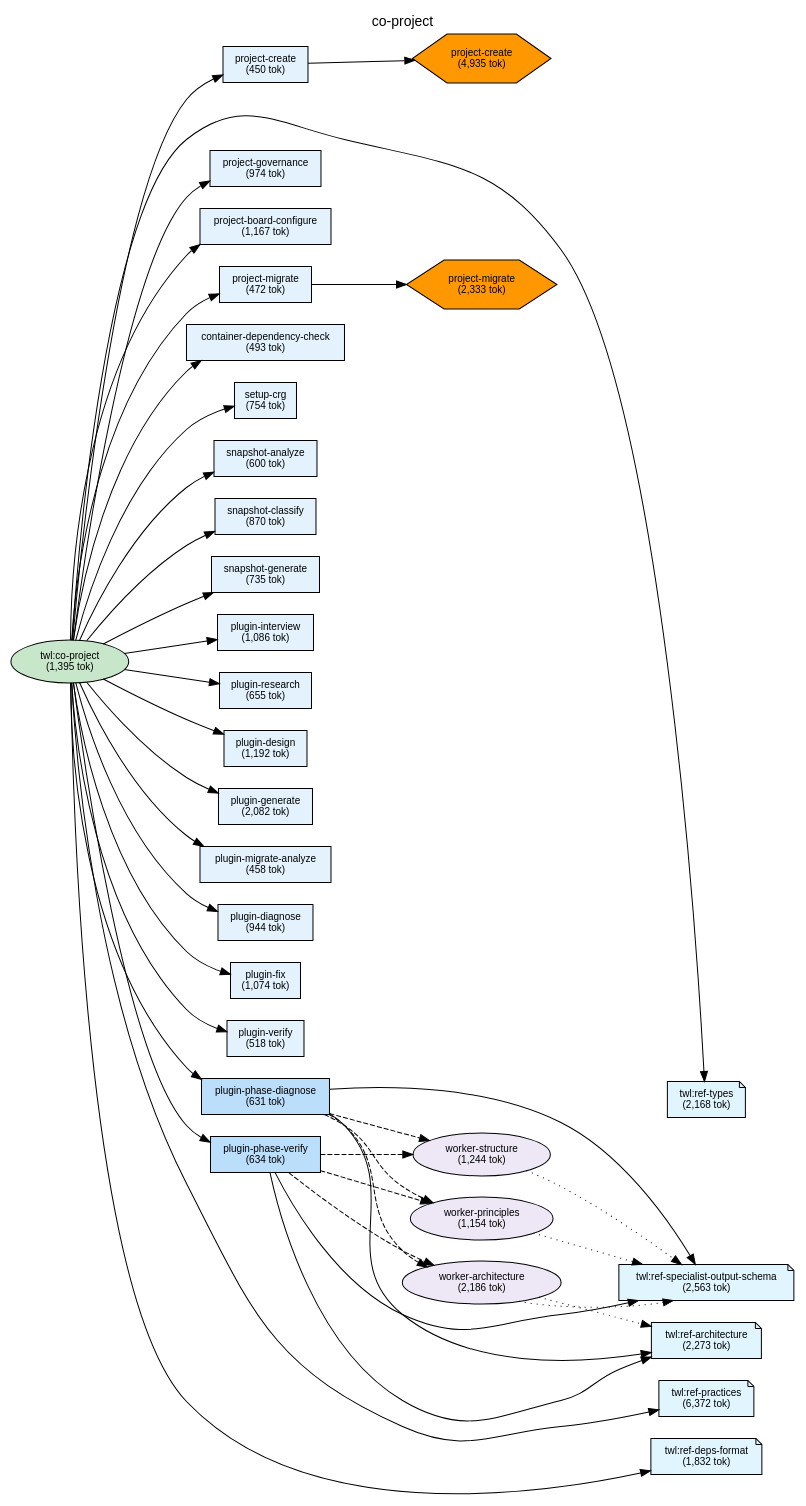
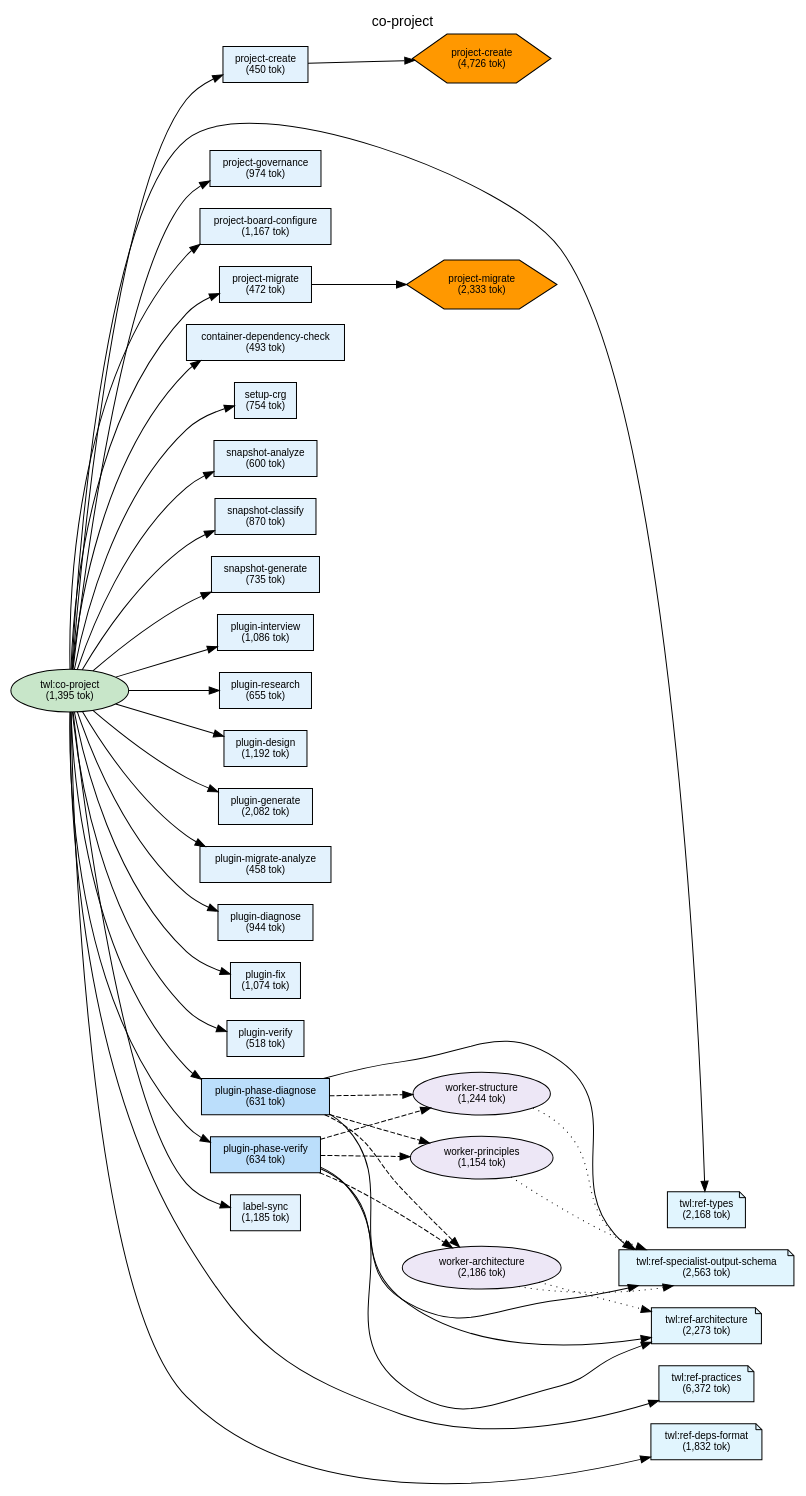
One commit to shuu5/twill changed the diagram in plugins/twl/docs/deps-co-project.dot. Above: the diagram before and after it, drawn with Graphviz. The commit also changed 7 other files, not shown here.

First line of the commit message:
feat(twl): add label-sync command for architecture spec → GitHub label sync

```diff
--- a/plugins/twl/docs/deps-co-project.dot
+++ b/plugins/twl/docs/deps-co-project.dot
@@ -1,142 +1,145 @@
 digraph Dependencies {
     // Graph settings
     rankdir=LR;
     ranksep=0.8;
     nodesep=0.3;
     fontname="Helvetica";
     node [fontname="Helvetica", fontsize=10];
     edge [fontname="Helvetica", fontsize=9];
     label="co-project";
     labelloc=t;
     fontsize=14;
 
     // L0: Controller Skills
     skill_co_project [label="twl:co-project\n(1,395 tok)", shape=ellipse, style=filled, fillcolor="#c8e6c9"];
 
     // L0: Launchers
 
     // L0.5: Workflow Skills
 
     // Reference Skills
     skill_ref_specialist_output_schema [label="twl:ref-specialist-output-schema\n(2,563 tok)", shape=note, style=filled, fillcolor="#e1f5fe"];
     skill_ref_types [label="twl:ref-types\n(2,168 tok)", shape=note, style=filled, fillcolor="#e1f5fe"];
     skill_ref_practices [label="twl:ref-practices\n(6,372 tok)", shape=note, style=filled, fillcolor="#e1f5fe"];
     skill_ref_deps_format [label="twl:ref-deps-format\n(1,832 tok)", shape=note, style=filled, fillcolor="#e1f5fe"];
     skill_ref_architecture [label="twl:ref-architecture\n(2,273 tok)", shape=note, style=filled, fillcolor="#e1f5fe"];
 
     // L1: Direct Commands
+    cmd_label_sync [label="label-sync\n(1,185 tok)", shape=box, style=filled, fillcolor="#e3f2fd"];
     cmd_project_create [label="project-create\n(450 tok)", shape=box, style=filled, fillcolor="#e3f2fd"];
     cmd_project_board_configure [label="project-board-configure\n(1,167 tok)", shape=box, style=filled, fillcolor="#e3f2fd"];
     cmd_project_governance [label="project-governance\n(974 tok)", shape=box, style=filled, fillcolor="#e3f2fd"];
     cmd_project_migrate [label="project-migrate\n(472 tok)", shape=box, style=filled, fillcolor="#e3f2fd"];
     cmd_container_dependency_check [label="container-dependency-check\n(493 tok)", shape=box, style=filled, fillcolor="#e3f2fd"];
     cmd_setup_crg [label="setup-crg\n(754 tok)", shape=box, style=filled, fillcolor="#e3f2fd"];
     cmd_snapshot_analyze [label="snapshot-analyze\n(600 tok)", shape=box, style=filled, fillcolor="#e3f2fd"];
     cmd_snapshot_classify [label="snapshot-classify\n(870 tok)", shape=box, style=filled, fillcolor="#e3f2fd"];
     cmd_snapshot_generate [label="snapshot-generate\n(735 tok)", shape=box, style=filled, fillcolor="#e3f2fd"];
     cmd_plugin_interview [label="plugin-interview\n(1,086 tok)", shape=box, style=filled, fillcolor="#e3f2fd"];
     cmd_plugin_research [label="plugin-research\n(655 tok)", shape=box, style=filled, fillcolor="#e3f2fd"];
     cmd_plugin_design [label="plugin-design\n(1,192 tok)", shape=box, style=filled, fillcolor="#e3f2fd"];
     cmd_plugin_generate [label="plugin-generate\n(2,082 tok)", shape=box, style=filled, fillcolor="#e3f2fd"];
     cmd_plugin_migrate_analyze [label="plugin-migrate-analyze\n(458 tok)", shape=box, style=filled, fillcolor="#e3f2fd"];
     cmd_plugin_diagnose [label="plugin-diagnose\n(944 tok)", shape=box, style=filled, fillcolor="#e3f2fd"];
     cmd_plugin_fix [label="plugin-fix\n(1,074 tok)", shape=box, style=filled, fillcolor="#e3f2fd"];
     cmd_plugin_verify [label="plugin-verify\n(518 tok)", shape=box, style=filled, fillcolor="#e3f2fd"];
     cmd_plugin_phase_diagnose [label="plugin-phase-diagnose\n(631 tok)", shape=box, style=filled, fillcolor="#bbdefb"];
     cmd_plugin_phase_verify [label="plugin-phase-verify\n(634 tok)", shape=box, style=filled, fillcolor="#bbdefb"];
 
     // L2: Sub Commands
 
     // L3: Agents
     agent_worker_structure [label="worker-structure\n(1,244 tok)", shape=ellipse, style=filled, fillcolor="#ede7f6"];
     agent_worker_principles [label="worker-principles\n(1,154 tok)", shape=ellipse, style=filled, fillcolor="#ede7f6"];
     agent_worker_architecture [label="worker-architecture\n(2,186 tok)", shape=ellipse, style=filled, fillcolor="#ede7f6"];
 
     // L3.5: Scripts
-    script_project_create [label="project-create\n(4,935 tok)", shape=hexagon, style=filled, fillcolor="#FF9800"];
+    script_project_create [label="project-create\n(4,726 tok)", shape=hexagon, style=filled, fillcolor="#FF9800"];
     script_project_migrate [label="project-migrate\n(2,333 tok)", shape=hexagon, style=filled, fillcolor="#FF9800"];
 
     // L4: External
 
     // Layer constraints
     { rank=same; skill_co_project; }
     { rank=same; skill_ref_specialist_output_schema; skill_ref_types; skill_ref_practices; skill_ref_deps_format; skill_ref_architecture; }
-    { rank=same; cmd_project_create; cmd_project_board_configure; cmd_project_governance; cmd_project_migrate; cmd_container_dependency_check; cmd_setup_crg; cmd_snapshot_analyze; cmd_snapshot_classify; cmd_snapshot_generate; cmd_plugin_interview; cmd_plugin_research; cmd_plugin_design; cmd_plugin_generate; cmd_plugin_migrate_analyze; cmd_plugin_diagnose; cmd_plugin_fix; cmd_plugin_verify; cmd_plugin_phase_diagnose; cmd_plugin_phase_verify; }
+    { rank=same; cmd_label_sync; cmd_project_create; cmd_project_board_configure; cmd_project_governance; cmd_project_migrate; cmd_container_dependency_check; cmd_setup_crg; cmd_snapshot_analyze; cmd_snapshot_classify; cmd_snapshot_generate; cmd_plugin_interview; cmd_plugin_research; cmd_plugin_design; cmd_plugin_generate; cmd_plugin_migrate_analyze; cmd_plugin_diagnose; cmd_plugin_fix; cmd_plugin_verify; cmd_plugin_phase_diagnose; cmd_plugin_phase_verify; }
     { rank=same; agent_worker_structure; agent_worker_principles; agent_worker_architecture; }
     { rank=same; script_project_create; script_project_migrate; }
 
     // Edges
     skill_co_project -> cmd_project_create;
     skill_co_project -> cmd_project_governance;
     skill_co_project -> cmd_project_board_configure;
     skill_co_project -> cmd_project_migrate;
     skill_co_project -> cmd_container_dependency_check;
     skill_co_project -> cmd_setup_crg;
     skill_co_project -> cmd_snapshot_analyze;
     skill_co_project -> cmd_snapshot_classify;
     skill_co_project -> cmd_snapshot_generate;
     skill_co_project -> cmd_plugin_interview;
     skill_co_project -> cmd_plugin_research;
     skill_co_project -> cmd_plugin_design;
     skill_co_project -> cmd_plugin_generate;
     skill_co_project -> cmd_plugin_migrate_analyze;
     skill_co_project -> cmd_plugin_diagnose;
     skill_co_project -> cmd_plugin_fix;
     skill_co_project -> cmd_plugin_verify;
     skill_co_project -> cmd_plugin_phase_diagnose;
     skill_co_project -> cmd_plugin_phase_verify;
+    skill_co_project -> cmd_label_sync;
     skill_co_project -> skill_ref_types;
     skill_co_project -> skill_ref_practices;
     skill_co_project -> skill_ref_deps_format;
     cmd_project_create -> script_project_create;
     cmd_project_migrate -> script_project_migrate;
     cmd_plugin_phase_diagnose -> agent_worker_structure [style=dashed];
     cmd_plugin_phase_diagnose -> agent_worker_principles [style=dashed];
     cmd_plugin_phase_diagnose -> agent_worker_architecture [style=dashed];
     cmd_plugin_phase_diagnose -> skill_ref_specialist_output_schema;
     cmd_plugin_phase_diagnose -> skill_ref_architecture;
     cmd_plugin_phase_verify -> agent_worker_structure [style=dashed];
     cmd_plugin_phase_verify -> agent_worker_principles [style=dashed];
     cmd_plugin_phase_verify -> agent_worker_architecture [style=dashed];
     cmd_plugin_phase_verify -> skill_ref_specialist_output_schema;
     cmd_plugin_phase_verify -> skill_ref_architecture;
     agent_worker_structure -> skill_ref_specialist_output_schema [style=dotted];
     agent_worker_principles -> skill_ref_specialist_output_schema [style=dotted];
     agent_worker_architecture -> skill_ref_specialist_output_schema [style=dotted];
     agent_worker_architecture -> skill_ref_architecture [style=dotted];
 
     // Ordering constraints (invisible edges)
     cmd_project_create -> cmd_project_governance [style=invis, weight=10];
     cmd_project_governance -> cmd_project_board_configure [style=invis, weight=10];
     cmd_project_board_configure -> cmd_project_migrate [style=invis, weight=10];
     cmd_project_migrate -> cmd_container_dependency_check [style=invis, weight=10];
     cmd_container_dependency_check -> cmd_setup_crg [style=invis, weight=10];
     cmd_setup_crg -> cmd_snapshot_analyze [style=invis, weight=10];
     cmd_snapshot_analyze -> cmd_snapshot_classify [style=invis, weight=10];
     cmd_snapshot_classify -> cmd_snapshot_generate [style=invis, weight=10];
     cmd_snapshot_generate -> cmd_plugin_interview [style=invis, weight=10];
     cmd_plugin_interview -> cmd_plugin_research [style=invis, weight=10];
     cmd_plugin_research -> cmd_plugin_design [style=invis, weight=10];
     cmd_plugin_design -> cmd_plugin_generate [style=invis, weight=10];
     cmd_plugin_generate -> cmd_plugin_migrate_analyze [style=invis, weight=10];
     cmd_plugin_migrate_analyze -> cmd_plugin_diagnose [style=invis, weight=10];
     cmd_plugin_diagnose -> cmd_plugin_fix [style=invis, weight=10];
     cmd_plugin_fix -> cmd_plugin_verify [style=invis, weight=10];
     cmd_plugin_verify -> cmd_plugin_phase_diagnose [style=invis, weight=10];
     cmd_plugin_phase_diagnose -> cmd_plugin_phase_verify [style=invis, weight=10];
-    cmd_plugin_phase_verify -> skill_ref_types [style=invis, weight=10];
+    cmd_plugin_phase_verify -> cmd_label_sync [style=invis, weight=10];
+    cmd_label_sync -> skill_ref_types [style=invis, weight=10];
     skill_ref_types -> skill_ref_practices [style=invis, weight=10];
     skill_ref_practices -> skill_ref_deps_format [style=invis, weight=10];
     agent_worker_structure -> agent_worker_principles [style=invis, weight=10];
     agent_worker_principles -> agent_worker_architecture [style=invis, weight=10];
     agent_worker_architecture -> skill_ref_specialist_output_schema [style=invis, weight=10];
     skill_ref_specialist_output_schema -> skill_ref_architecture [style=invis, weight=10];
     agent_worker_structure -> agent_worker_principles [style=invis, weight=10];
     agent_worker_principles -> agent_worker_architecture [style=invis, weight=10];
     agent_worker_architecture -> skill_ref_specialist_output_schema [style=invis, weight=10];
     skill_ref_specialist_output_schema -> skill_ref_architecture [style=invis, weight=10];
     agent_worker_structure -> agent_worker_principles [style=invis, weight=10];
     agent_worker_structure -> agent_worker_principles [style=invis, weight=10];
     agent_worker_architecture -> skill_ref_specialist_output_schema [style=invis, weight=10];
 
 }
```
